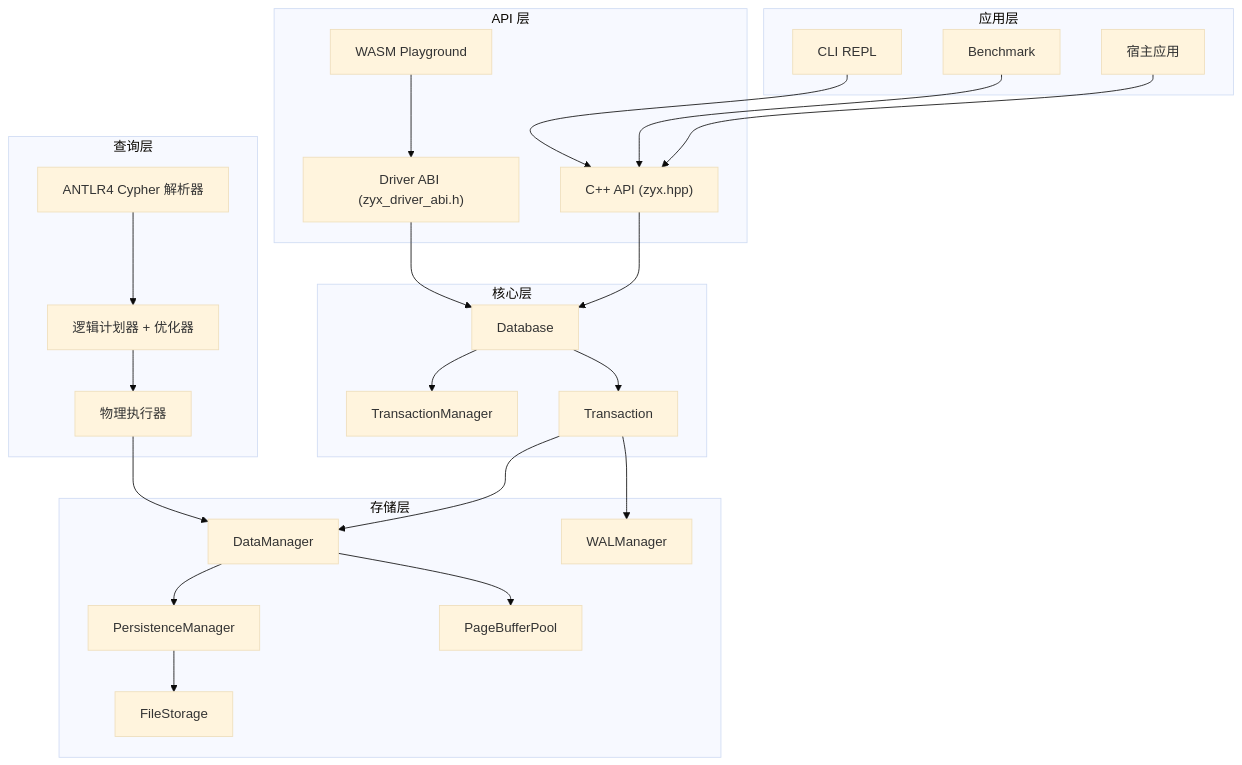
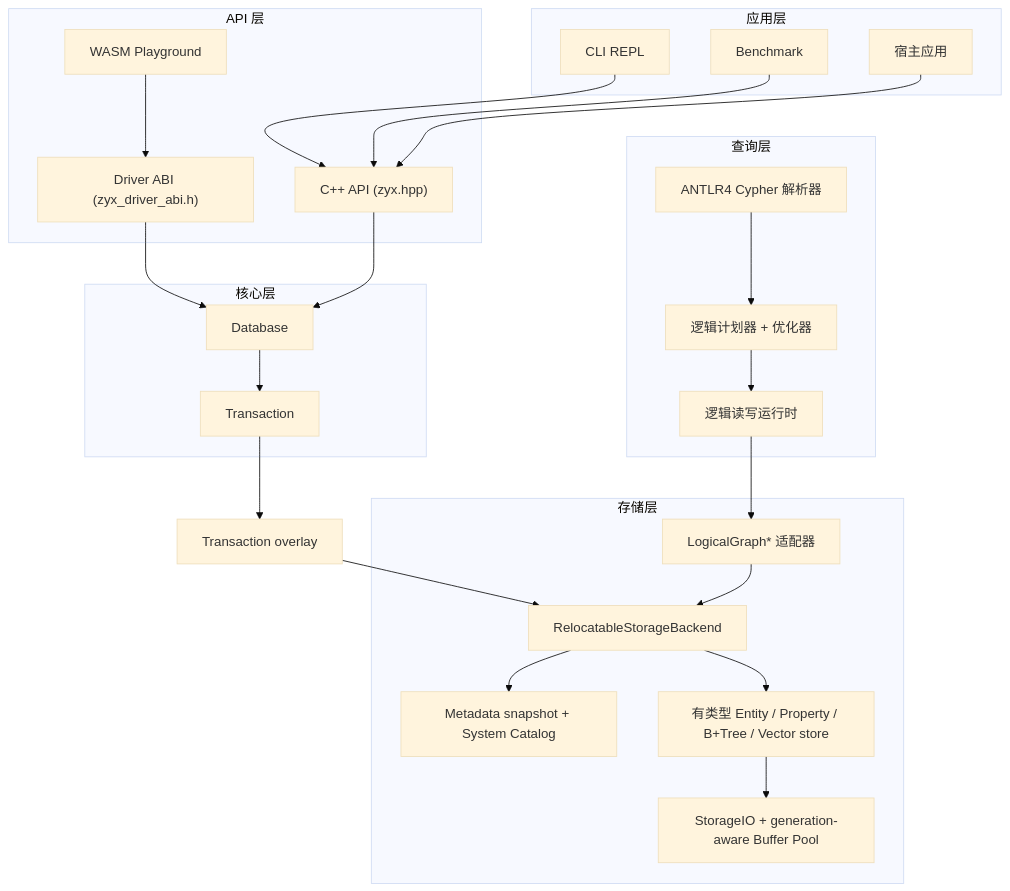
The first of 4 diagrams in docs/apps/docs/content/docs/zh/zyx/architecture/overview.mdx (nexepic/zyx), drawn with Mermaid (base theme) before and after one commit. The commit also changed other lines of this file and 1349 other files, not shown here.

First line of the commit message:
Retire legacy storage and harden native graph persistence

````diff
--- a/docs/apps/docs/content/docs/zh/zyx/architecture/overview.mdx
+++ b/docs/apps/docs/content/docs/zh/zyx/architecture/overview.mdx
@@ -20,54 +20,51 @@
 ```mermaid
 graph TB
     subgraph "应用层"
         CLI[CLI REPL]
         BM[Benchmark]
         APP[宿主应用]
     end
 
     subgraph "API 层"
         CPP["C++ API (zyx.hpp)"]
         ABI["Driver ABI (zyx_driver_abi.h)"]
         WASM["WASM Playground"]
     end
 
     subgraph "查询层"
         Parser["ANTLR4 Cypher 解析器"]
         Planner["逻辑计划器 + 优化器"]
-        Executor["物理执行器"]
+        Runtime["逻辑读写运行时"]
     end
 
     subgraph "存储层"
-        DM[DataManager]
-        PM[PersistenceManager]
-        FS[FileStorage]
-        WAL[WALManager]
-        PB[PageBufferPool]
+        Adapter["LogicalGraph* 适配器"]
+        Backend["RelocatableStorageBackend"]
+        Metadata["Metadata snapshot + System Catalog"]
+        Stores["有类型 Entity / Property / B+Tree / Vector store"]
+        IO["StorageIO + generation-aware Buffer Pool"]
     end
 
     subgraph "核心层"
         DB[Database]
-        TM[TransactionManager]
         TX[Transaction]
     end
 
     CLI --> CPP
     BM --> CPP
     APP --> CPP
     ABI --> DB
     WASM --> ABI
 
     CPP --> DB
-    DB --> TM
     DB --> TX
 
-    TX --> DM
-    TX --> WAL
+    TX --> Overlay["Transaction overlay"]
+    Overlay --> Backend
 
-    Parser --> Planner --> Executor
-    Executor --> DM
+    Parser --> Planner --> Runtime
+    Runtime --> Adapter --> Backend
 
-    DM --> PM
-    PM --> FS
-    DM --> PB
+    Backend --> Metadata
+    Backend --> Stores --> IO
 ```
````
